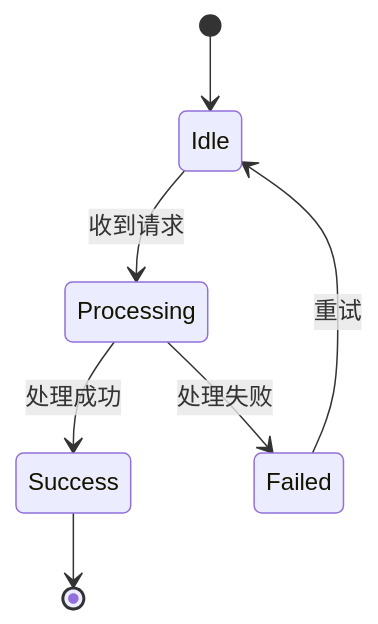
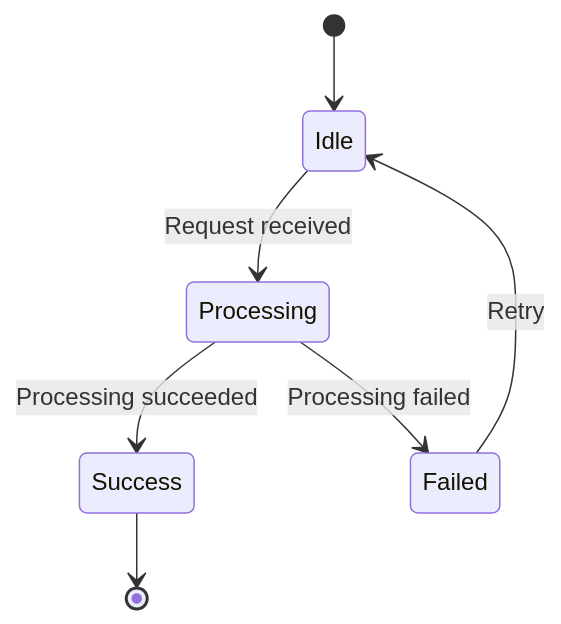
Before and after one commit to Ezio2000/lark-skill: the sixth of 6 diagrams in references/whiteboard/scenes/mermaid.md, drawn with Mermaid. The commit also changed other lines of this file and 441 other files, not shown here.

````diff
--- a/references/whiteboard/scenes/mermaid.md
+++ b/references/whiteboard/scenes/mermaid.md
@@ -109,9 +118,9 @@
 ```mermaid
 stateDiagram-v2
     [*] --> Idle
-    Idle --> Processing : 收到请求
-    Processing --> Success : 处理成功
-    Processing --> Failed : 处理失败
+    Idle --> Processing : Request received
+    Processing --> Success : Processing succeeded
+    Processing --> Failed : Processing failed
     Success --> [*]
-    Failed --> Idle : 重试
+    Failed --> Idle : Retry
 ```
````
